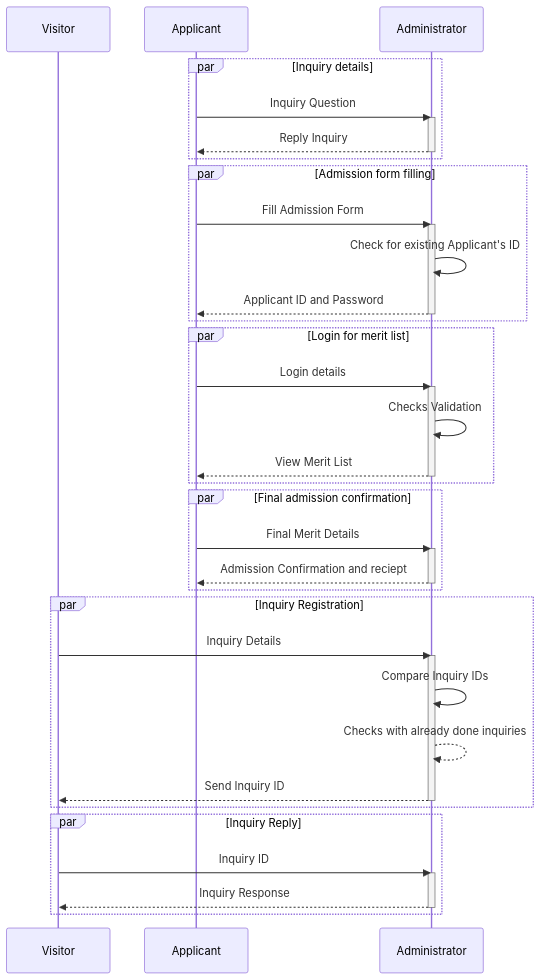
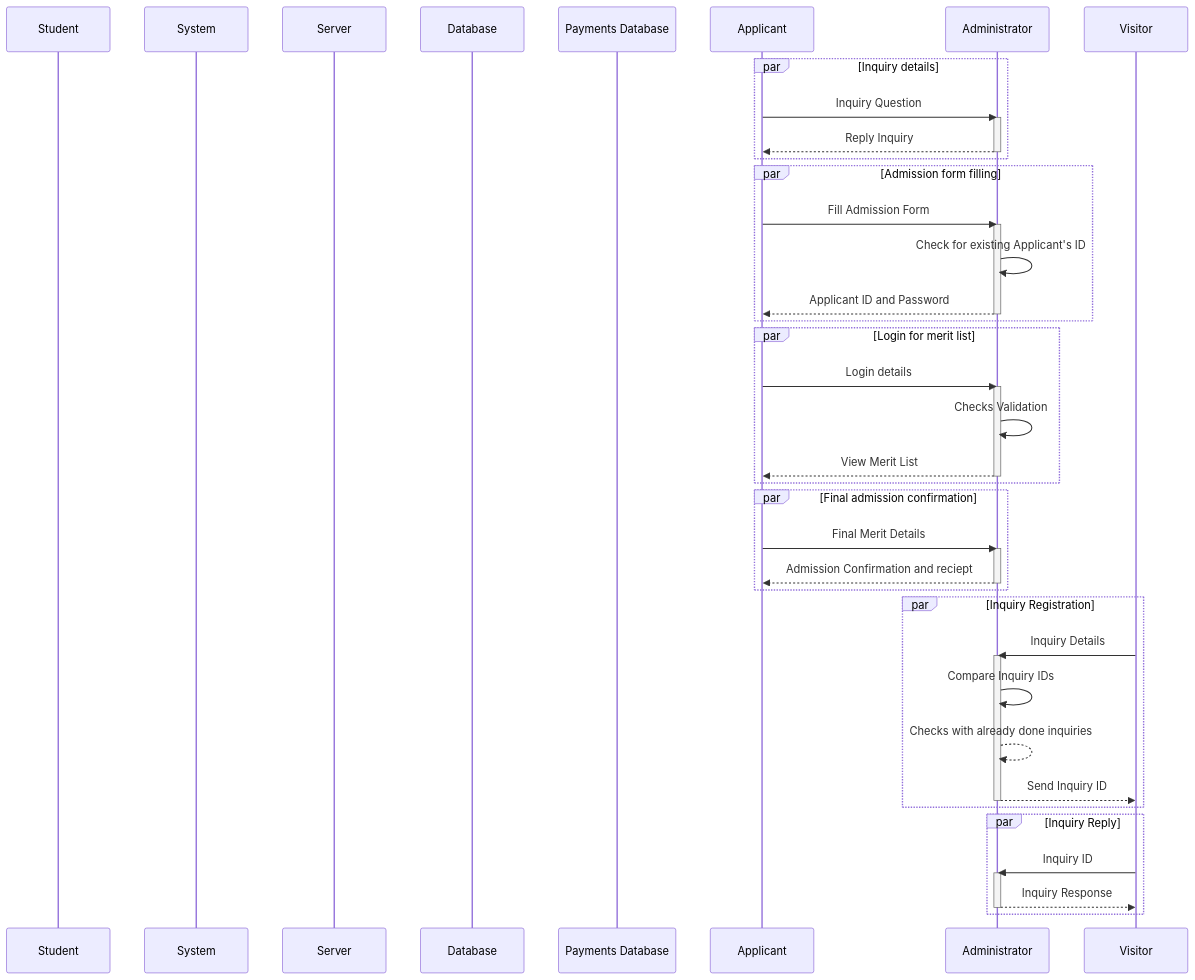
One commit to msaf9/university-admission-system changed the diagram in src/SequenceDiagram.md. Above: the diagram before and after it, drawn with Mermaid.

Commit message:
Implementing correct Sequence diagram

````diff
--- a/src/SequenceDiagram.md
+++ b/src/SequenceDiagram.md
@@ -1,52 +1,54 @@
 ```mermaid
 sequenceDiagram
-  participant Visitor
-  participant Applicant
-  participant Administrator
+  participant Student
+  participant System
+  participant Server
+  participant Database
+  participant Payments Database
   
   par Inquiry details
         Applicant->>Administrator: Inquiry Question
         activate Administrator 
         Administrator -->>Applicant: Reply Inquiry
         deactivate Administrator
   end
   
   par Admission form filling
         Applicant->>Administrator: Fill Admission Form
         activate Administrator 
         Administrator->>Administrator: Check for existing Applicant's ID
         Administrator -->>Applicant: Applicant ID and Password
         deactivate Administrator
   end
   
   par Login for merit list
         Applicant->>Administrator: Login details
         activate Administrator
         Administrator->>Administrator: Checks Validation
         Administrator -->>Applicant: View Merit List
         deactivate Administrator
   end
   
   par Final admission confirmation
         Applicant->>Administrator: Final Merit Details
         activate Administrator
         Administrator -->>Applicant: Admission Confirmation and reciept
         deactivate Administrator
   end
   
   par Inquiry Registration
         Visitor->>Administrator: Inquiry Details
         activate Administrator
         Administrator->>Administrator: Compare Inquiry IDs
         Administrator-->>Administrator: Checks with already done inquiries
         Administrator -->>Visitor: Send Inquiry ID
         deactivate Administrator
   end
   
   par Inquiry Reply
         Visitor->>Administrator: Inquiry ID
         activate Administrator
         Administrator -->>Visitor: Inquiry Response
         deactivate Administrator
   end
 ```
````
